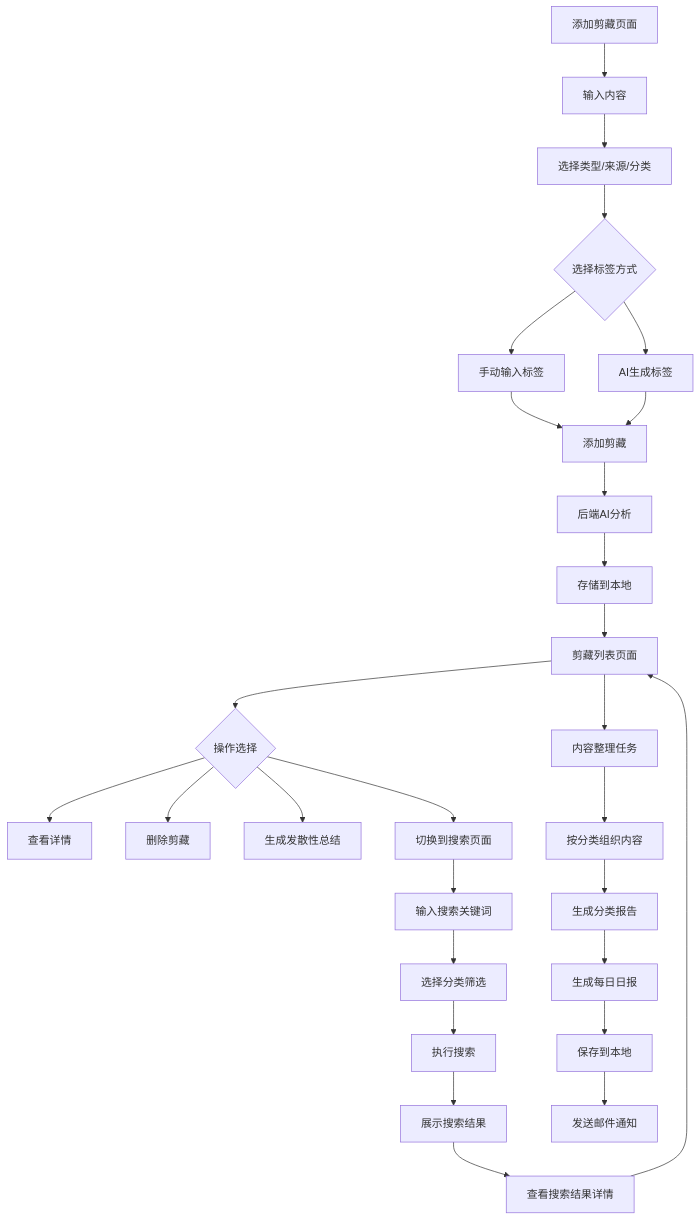
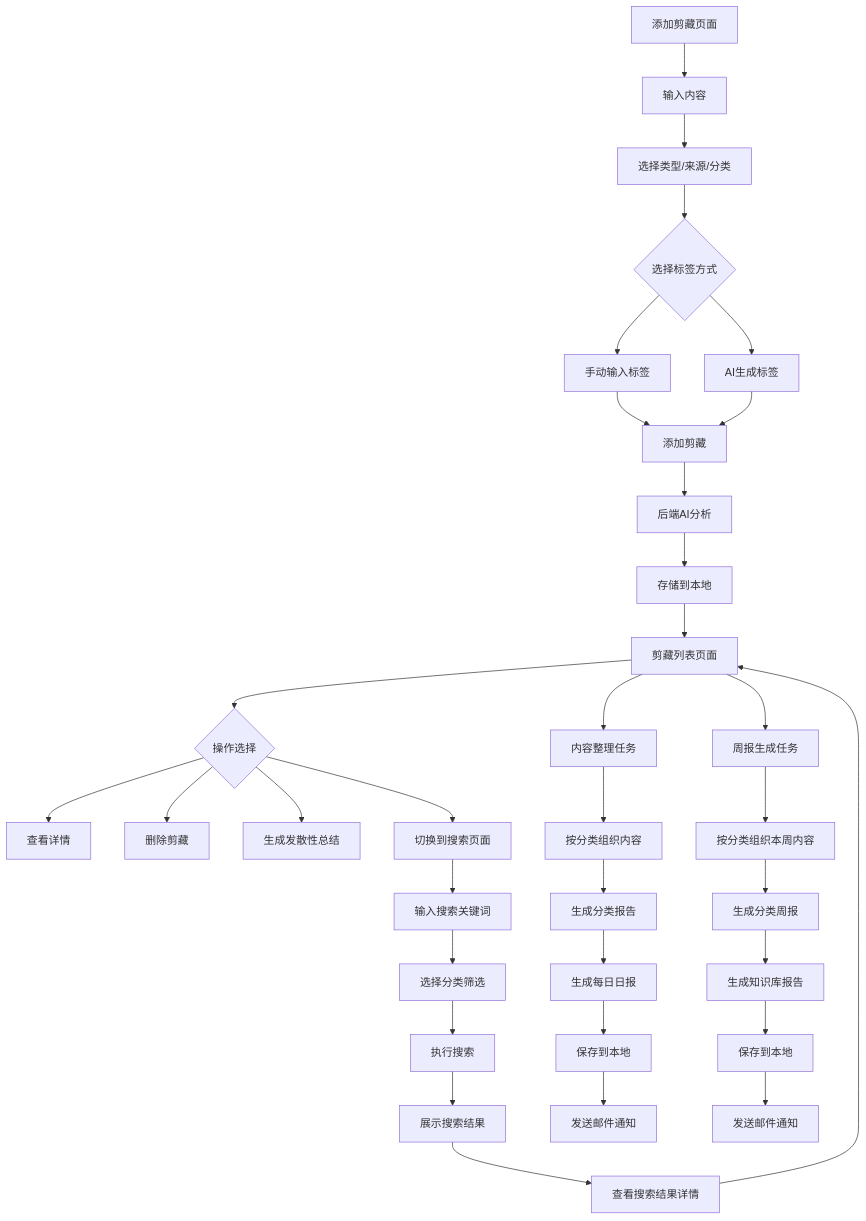
Before and after one commit to wf-Peg/ai_coding: the diagram in PRD.md, drawn with Mermaid. The commit also changed other lines of this file and 7 other files, not shown here.

````diff
--- a/PRD.md
+++ b/PRD.md
@@ -81,30 +94,36 @@
 ```mermaid
 flowchart TD
     A[添加剪藏页面] --> B[输入内容]
     B --> C[选择类型/来源/分类]
     C --> D{选择标签方式}
     D --> E[手动输入标签]
     D --> F[AI生成标签]
     E --> G[添加剪藏]
     F --> G
     G --> H[后端AI分析]
     H --> I[存储到本地]
     I --> J[剪藏列表页面]
     J --> K{操作选择}
     K --> L[查看详情]
     K --> M[删除剪藏]
     K --> N[生成发散性总结]
     K --> O[切换到搜索页面]
     O --> P[输入搜索关键词]
     P --> Q[选择分类筛选]
     Q --> R[执行搜索]
     R --> S[展示搜索结果]
     S --> T[查看搜索结果详情]
     T --> J
     J --> U[内容整理任务]
     U --> V[按分类组织内容]
     V --> W[生成分类报告]
     W --> X[生成每日日报]
     X --> Y[保存到本地]
     Y --> Z[发送邮件通知]
+    J --> AA[周报生成任务]
+    AA --> BB[按分类组织本周内容]
+    BB --> CC[生成分类周报]
+    CC --> DD[生成知识库报告]
+    DD --> EE[保存到本地]
+    EE --> FF[发送邮件通知]
 ```
````
